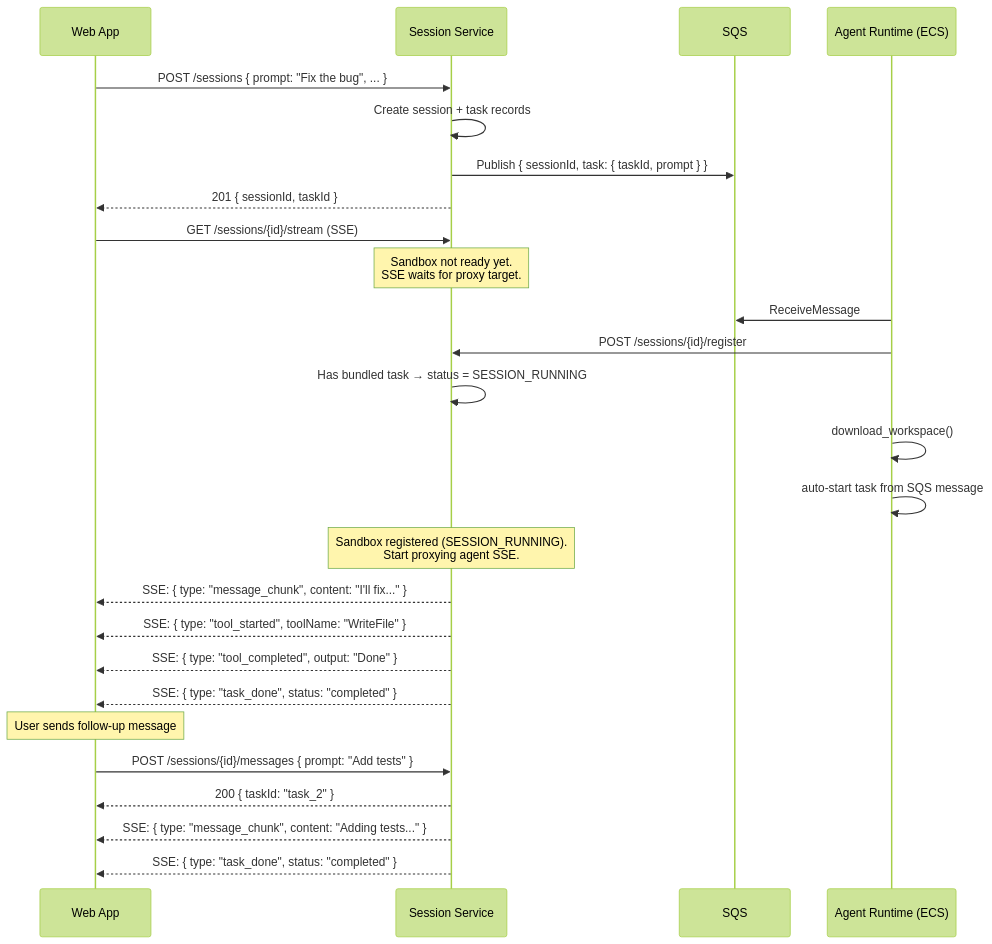
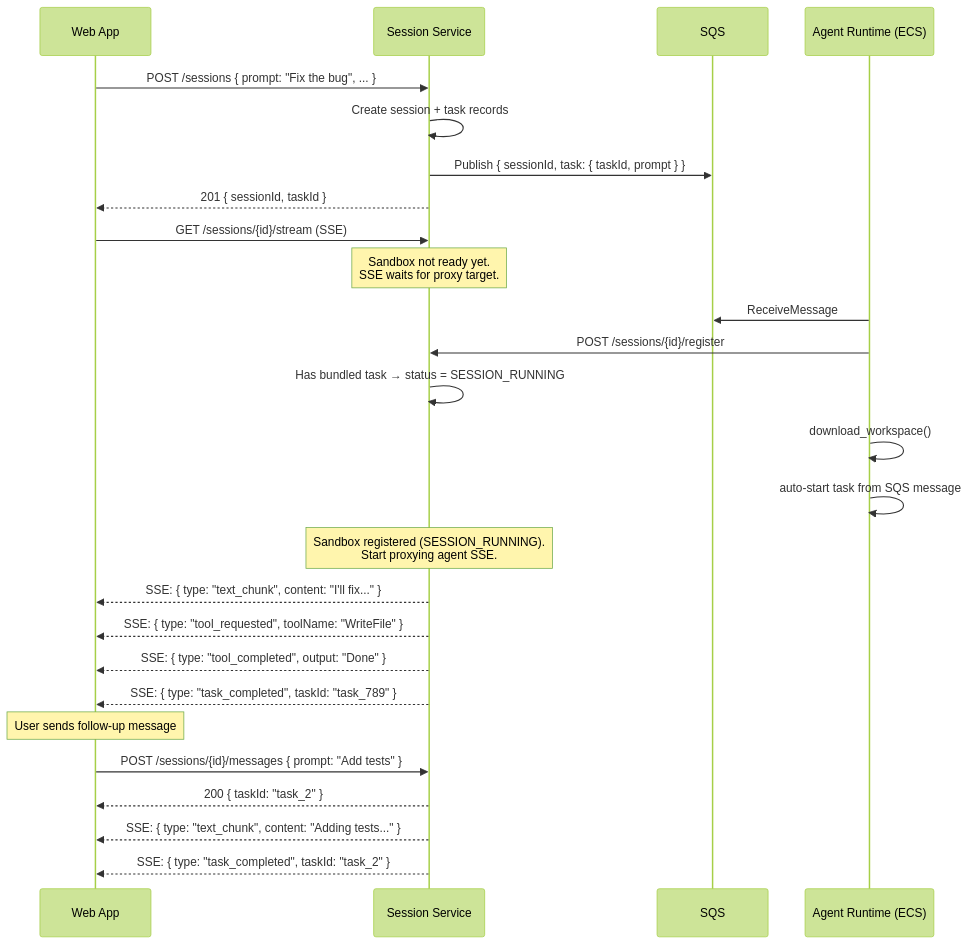
The third of 5 diagrams in docs/design/simplified-session-api.md (suman724/cowork-infra), drawn with Mermaid (forest theme) before and after one commit. The commit also changed other lines of this file, not shown here.

First line of the commit message:
docs: fix 10 review issues — event names, flows, terminology

````diff
--- a/docs/design/simplified-session-api.md
+++ b/docs/design/simplified-session-api.md
@@ -489,35 +490,35 @@
 ```mermaid
 sequenceDiagram
     participant Web as Web App
     participant SS as Session Service
     participant SQS as SQS
     participant Agent as Agent Runtime (ECS)
 
     Web->>SS: POST /sessions { prompt: "Fix the bug", ... }
     SS->>SS: Create session + task records
     SS->>SQS: Publish { sessionId, task: { taskId, prompt } }
     SS-->>Web: 201 { sessionId, taskId }
 
     Web->>SS: GET /sessions/{id}/stream (SSE)
     Note over SS: Sandbox not ready yet.<br/>SSE waits for proxy target.
 
     Agent->>SQS: ReceiveMessage
     Agent->>SS: POST /sessions/{id}/register
     SS->>SS: Has bundled task → status = SESSION_RUNNING
     Agent->>Agent: download_workspace()
     Agent->>Agent: auto-start task from SQS message
 
     Note over SS: Sandbox registered (SESSION_RUNNING).<br/>Start proxying agent SSE.
 
-    SS-->>Web: SSE: { type: "message_chunk", content: "I'll fix..." }
-    SS-->>Web: SSE: { type: "tool_started", toolName: "WriteFile" }
+    SS-->>Web: SSE: { type: "text_chunk", content: "I'll fix..." }
+    SS-->>Web: SSE: { type: "tool_requested", toolName: "WriteFile" }
     SS-->>Web: SSE: { type: "tool_completed", output: "Done" }
-    SS-->>Web: SSE: { type: "task_done", status: "completed" }
+    SS-->>Web: SSE: { type: "task_completed", taskId: "task_789" }
 
     Note over Web: User sends follow-up message
     Web->>SS: POST /sessions/{id}/messages { prompt: "Add tests" }
     SS-->>Web: 200 { taskId: "task_2" }
 
-    SS-->>Web: SSE: { type: "message_chunk", content: "Adding tests..." }
-    SS-->>Web: SSE: { type: "task_done", status: "completed" }
+    SS-->>Web: SSE: { type: "text_chunk", content: "Adding tests..." }
+    SS-->>Web: SSE: { type: "task_completed", taskId: "task_2" }
 ```
````
